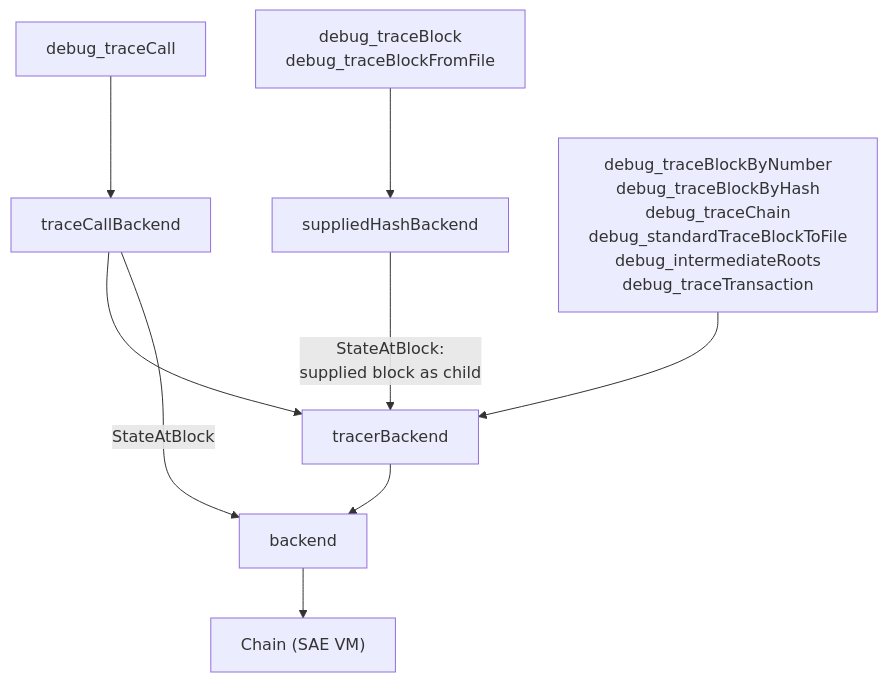
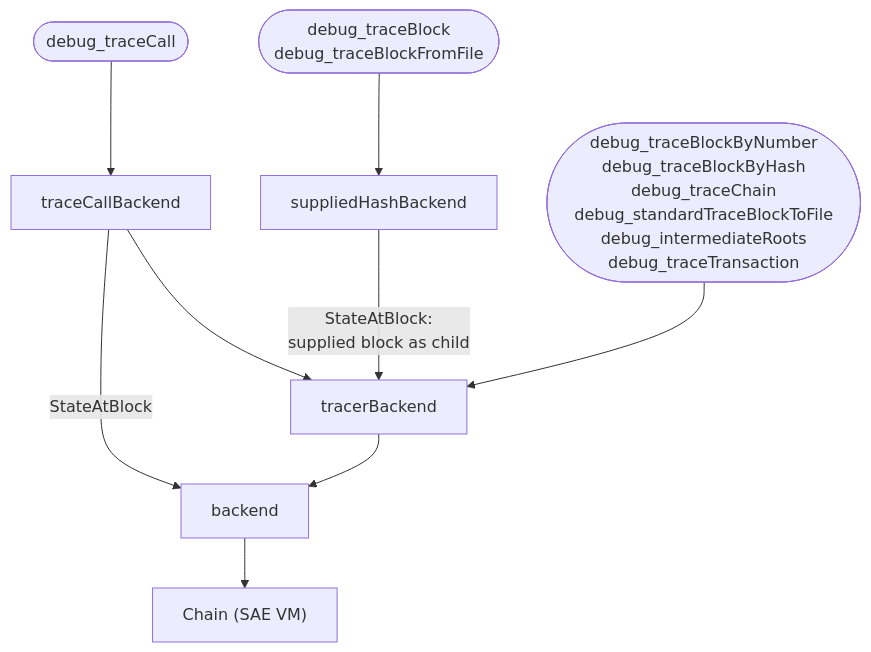
One commit to ava-labs/avalanchego changed the diagram in vms/saevm/sae/rpc/README.md. Above: the diagram before and after it, drawn with Mermaid. The commit also changed other lines of this file and 5 other files, not shown here.

````diff
--- a/vms/saevm/sae/rpc/README.md
+++ b/vms/saevm/sae/rpc/README.md
@@ -40,12 +42,12 @@
 ```mermaid
 graph TD
-    reseal["debug_traceBlock<br/>debug_traceBlockFromFile"] --> suppliedHashBackend
-    traceCall["debug_traceCall"] --> traceCallBackend
-    canonical["debug_traceBlockByNumber<br/>debug_traceBlockByHash<br/>debug_traceChain<br/>debug_standardTraceBlockToFile<br/>debug_intermediateRoots<br/>debug_traceTransaction"] --> tracerBackend
+    reseal(["debug_traceBlock<br/>debug_traceBlockFromFile"]) --> suppliedHashBackend
+    traceCall(["debug_traceCall"]) --> traceCallBackend
+    canonical(["debug_traceBlockByNumber<br/>debug_traceBlockByHash<br/>debug_traceChain<br/>debug_standardTraceBlockToFile<br/>debug_intermediateRoots<br/>debug_traceTransaction"]) --> tracerBackend
 
     suppliedHashBackend -->|"StateAtBlock:<br/>supplied block as child"| tracerBackend
+    traceCallBackend -->|"StateAtBlock"| backend
     traceCallBackend --> tracerBackend
-    traceCallBackend -->|"StateAtBlock"| backend
     tracerBackend --> backend
     backend --> chain["Chain (SAE VM)"]
 ```
````
